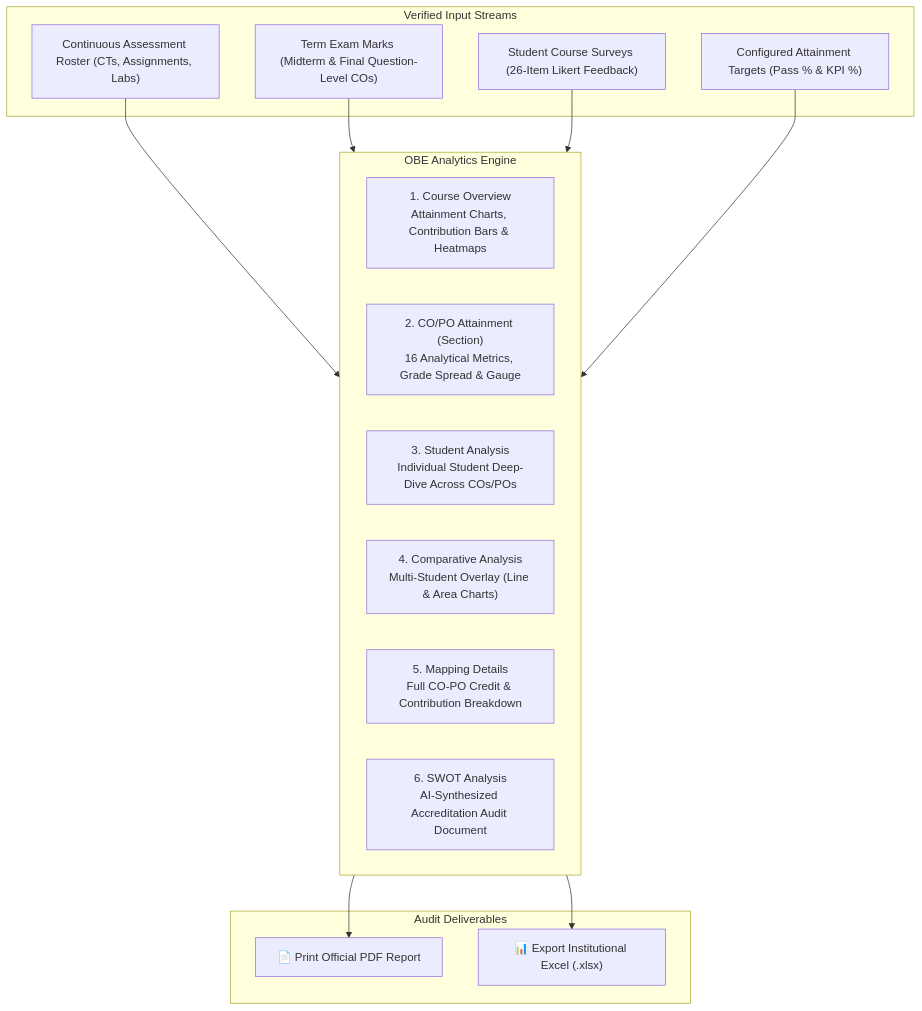
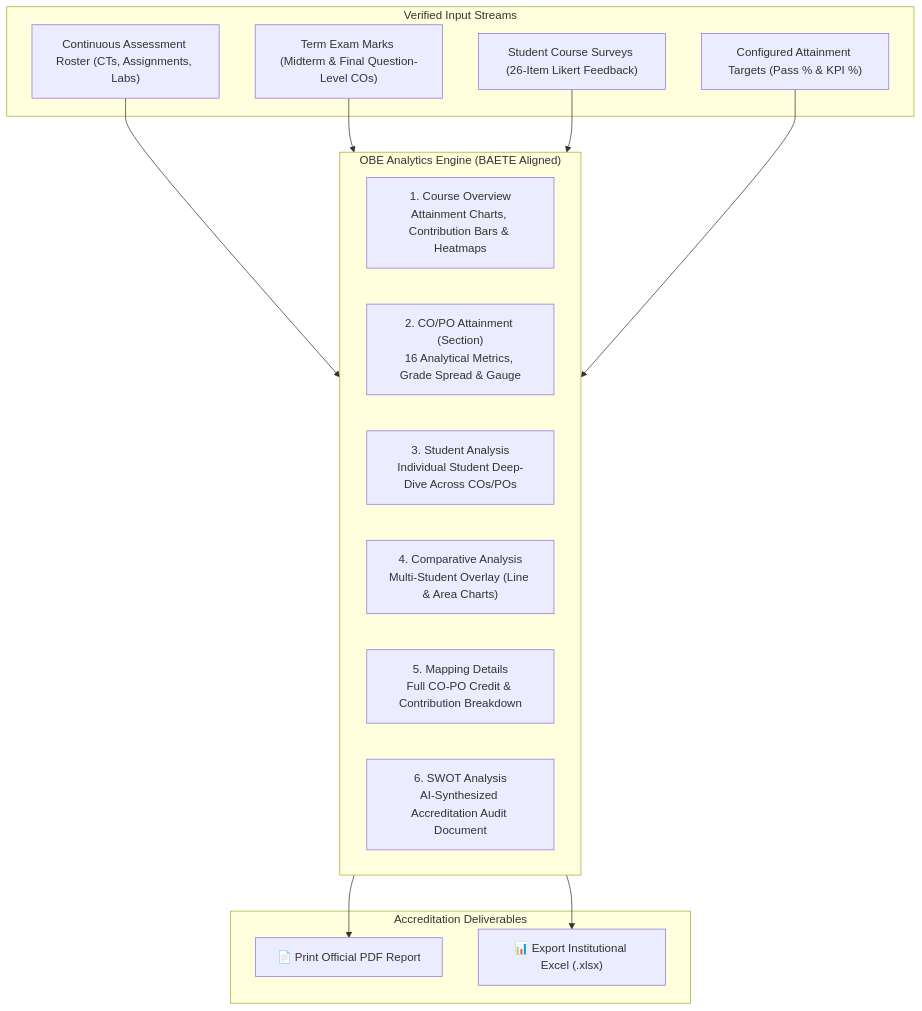
Before and after one commit to sarkarjoy86/Student-Outcome-Analyzer: the fourth of 6 diagrams in README.md, drawn with Mermaid. The commit also changed other lines of this file, not shown here.

Commit message:
Harmonize Teacher Dashboard architecture diagram style, prioritize ML suite with fine-tuning dataset details, spotlight CS Diagram Studio & Code analyzer, and deepen BAETE-aligned report analytics

````diff
--- a/README.md
+++ b/README.md
@@ -301,30 +331,30 @@
 ```mermaid
 flowchart TD
     subgraph DataInputs ["Verified Input Streams"]
         ContinuousMarks["Continuous Assessment Roster (CTs, Assignments, Labs)"]
         ExamMarks["Term Exam Marks (Midterm & Final Question-Level COs)"]
         SurveyScores["Student Course Surveys (26-Item Likert Feedback)"]
         TargetKPIs["Configured Attainment Targets (Pass % & KPI %)"]
     end
 
-    subgraph CoreEngine ["OBE Analytics Engine"]
+    subgraph CoreEngine ["OBE Analytics Engine (BAETE Aligned)"]
         CourseOverviewTab["1. Course Overview\nAttainment Charts, Contribution Bars & Heatmaps"]
         SectionAnalysisTab["2. CO/PO Attainment (Section)\n16 Analytical Metrics, Grade Spread & Gauge"]
         StudentAnalysisTab["3. Student Analysis\nIndividual Student Deep-Dive Across COs/POs"]
         ComparativeTab["4. Comparative Analysis\nMulti-Student Overlay (Line & Area Charts)"]
         MappingTab["5. Mapping Details\nFull CO-PO Credit & Contribution Breakdown"]
         SWOTTab["6. SWOT Analysis\nAI-Synthesized Accreditation Audit Document"]
     end
 
-    subgraph ExportSuite ["Audit Deliverables"]
+    subgraph ExportSuite ["Accreditation Deliverables"]
         PDFExport["📄 Print Official PDF Report"]
         ExcelExport["📊 Export Institutional Excel (.xlsx)"]
     end
 
     ContinuousMarks --> CoreEngine
     ExamMarks --> CoreEngine
     SurveyScores --> CoreEngine
     TargetKPIs --> CoreEngine
     CoreEngine --> PDFExport
     CoreEngine --> ExcelExport
 ```
````
